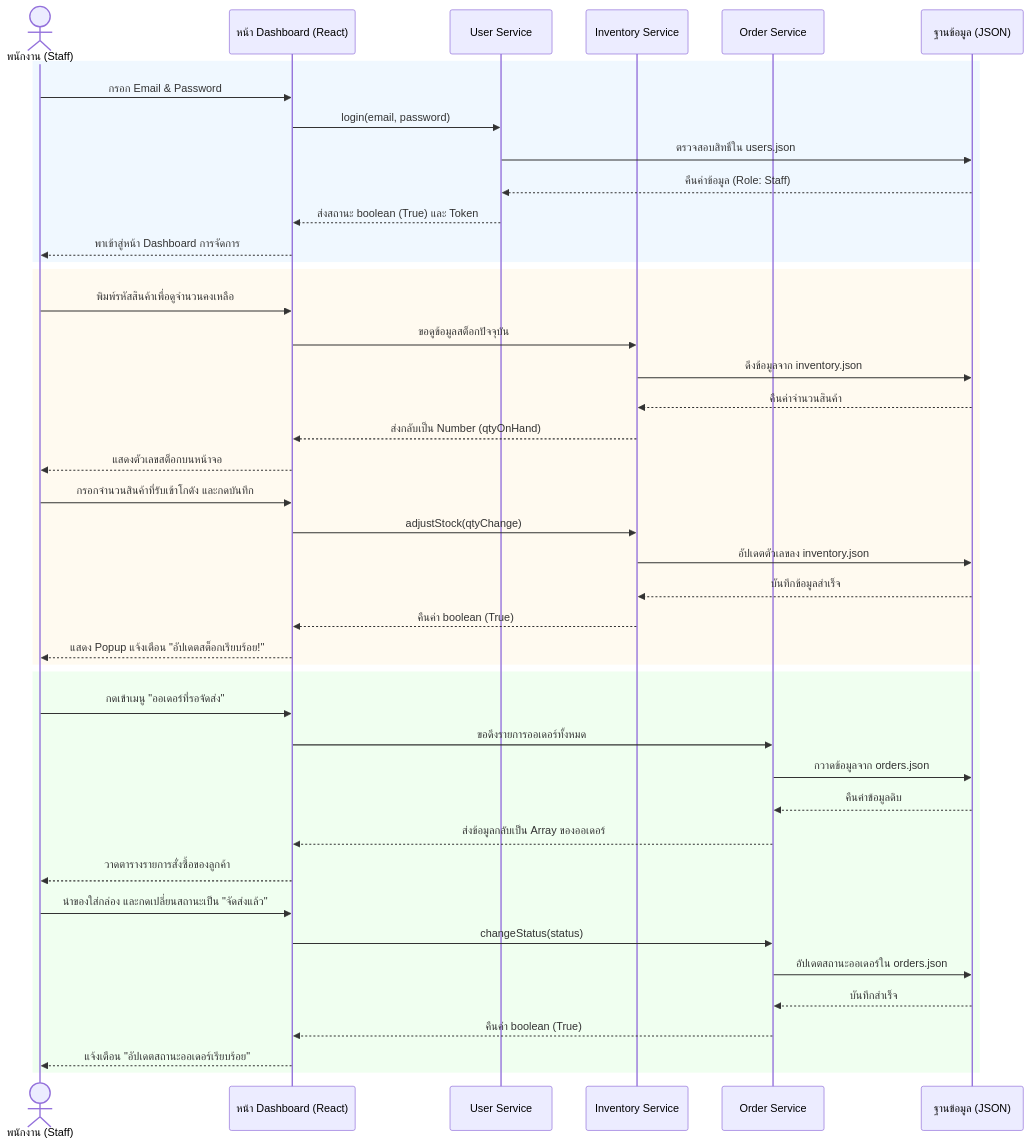
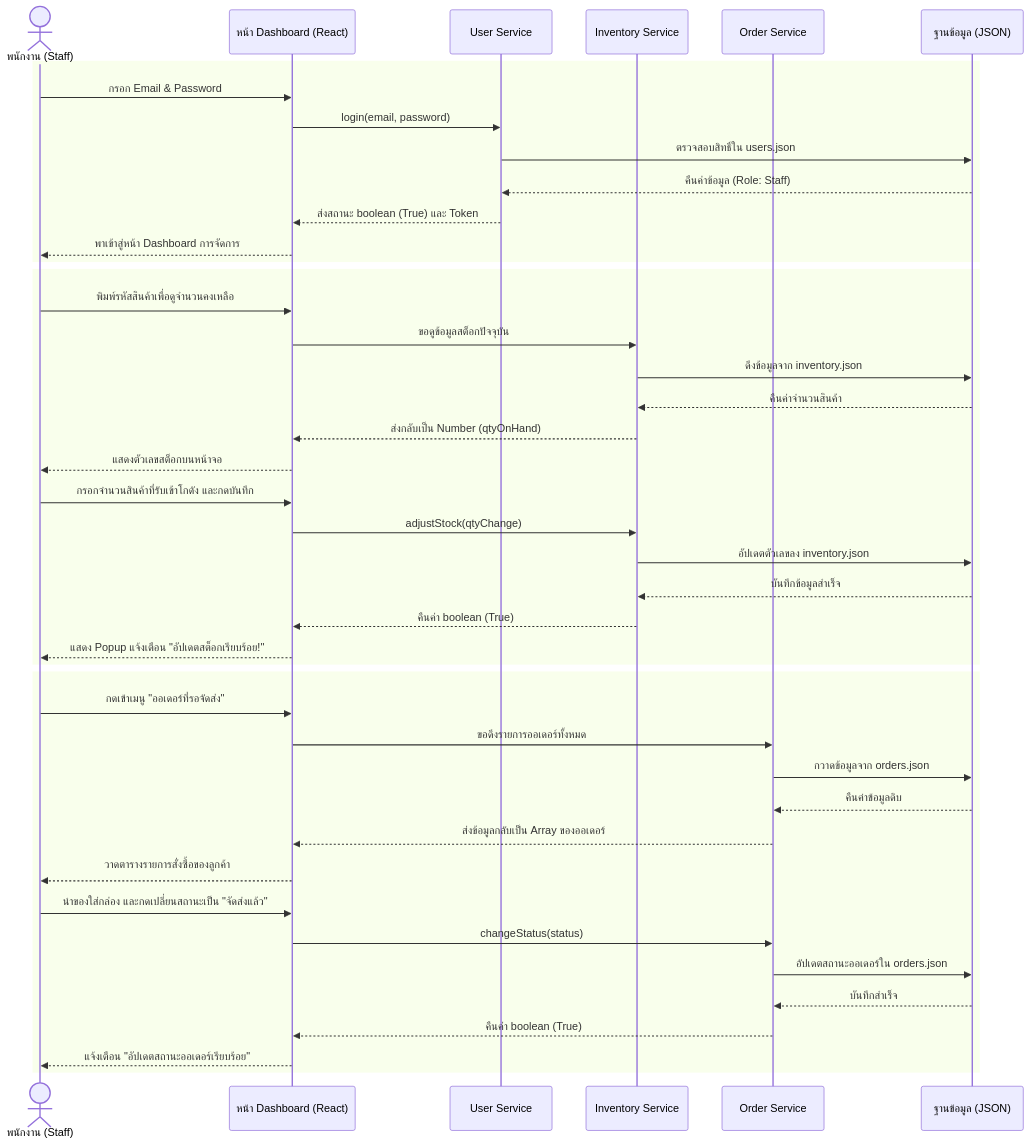
Before and after one commit to KumPong/petshop: the fourth of 6 diagrams in README.md, drawn with Mermaid. The commit also changed other lines of this file and 1 other file, not shown here.

````diff
--- a/README.md
+++ b/README.md
@@ -526,51 +504,51 @@
 ```mermaid
     sequenceDiagram
     actor Staff as พนักงาน (Staff)
     participant UI as หน้า Dashboard (React)
     participant US as User Service
     participant IS as Inventory Service
     participant OS as Order Service
     participant DB as ฐานข้อมูล (JSON)
 
     %% เฟส 1: การเข้าสู่ระบบ (Staff Login)
-    rect rgb(240, 248, 255)
+    rect
         Staff->>UI: กรอก Email & Password
         UI->>US: login(email, password)
         US->>DB: ตรวจสอบสิทธิ์ใน users.json
         DB-->>US: คืนค่าข้อมูล (Role: Staff)
         US-->>UI: ส่งสถานะ boolean (True) และ Token
         UI-->>Staff: พาเข้าสู่หน้า Dashboard การจัดการ
     end
 
     %% เฟส 2: ตรวจสอบและอัปเดตสต็อก (Manage Inventory)
-    rect rgb(255, 250, 240)
+    rect
         Staff->>UI: พิมพ์รหัสสินค้าเพื่อดูจำนวนคงเหลือ
         UI->>IS: ขอดูข้อมูลสต็อกปัจจุบัน
         IS->>DB: ดึงข้อมูลจาก inventory.json
         DB-->>IS: คืนค่าจำนวนสินค้า
         IS-->>UI: ส่งกลับเป็น Number (qtyOnHand)
         UI-->>Staff: แสดงตัวเลขสต็อกบนหน้าจอ
         Staff->>UI: กรอกจำนวนสินค้าที่รับเข้าโกดัง และกดบันทึก
         UI->>IS: adjustStock(qtyChange)
         IS->>DB: อัปเดตตัวเลขลง inventory.json
         DB-->>IS: บันทึกข้อมูลสำเร็จ
         IS-->>UI: คืนค่า boolean (True)
         UI-->>Staff: แสดง Popup แจ้งเตือน "อัปเดตสต็อกเรียบร้อย!"
     end
 
     %% เฟส 3: อัปเดตสถานะคำสั่งซื้อ (Update Order Status)
-    rect rgb(240, 255, 240)
+    rect
         Staff->>UI: กดเข้าเมนู "ออเดอร์ที่รอจัดส่ง"
         UI->>OS: ขอดึงรายการออเดอร์ทั้งหมด
         OS->>DB: กวาดข้อมูลจาก orders.json
         DB-->>OS: คืนค่าข้อมูลดิบ
         OS-->>UI: ส่งข้อมูลกลับเป็น Array ของออเดอร์
         UI-->>Staff: วาดตารางรายการสั่งซื้อของลูกค้า
         Staff->>UI: นำของใส่กล่อง และกดเปลี่ยนสถานะเป็น "จัดส่งแล้ว"
         UI->>OS: changeStatus(status)
         OS->>DB: อัปเดตสถานะออเดอร์ใน orders.json
         DB-->>OS: บันทึกสำเร็จ
         OS-->>UI: คืนค่า boolean (True)
         UI-->>Staff: แจ้งเตือน "อัปเดตสถานะออเดอร์เรียบร้อย"
     end
 ```
````
